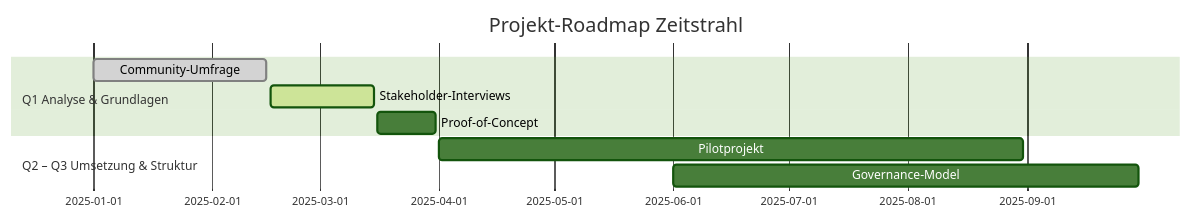
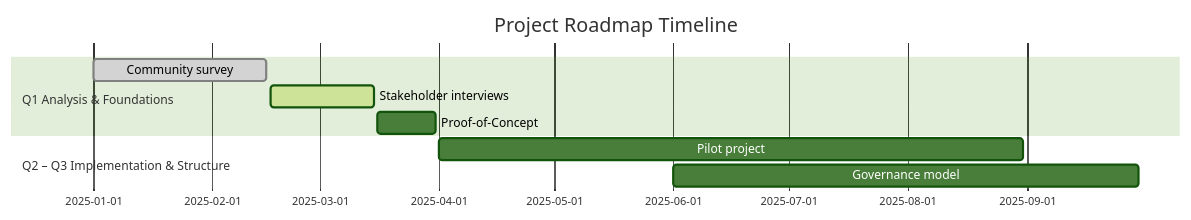
Before and after one commit to WAF2p/framework: the diagram in modules/ROOT/pages/roadmap/2026/index.adoc, drawn with Mermaid (forest theme). The commit also changed other lines of this file and 148 other files, not shown here.

```diff
--- a/modules/ROOT/pages/roadmap/2026/index.adoc
+++ b/modules/ROOT/pages/roadmap/2026/index.adoc
@@ -4,14 +4,14 @@
 [mermaid]
 ....
 gantt
-    title Projekt-Roadmap Zeitstrahl
+    title Project Roadmap Timeline
     dateFormat  YYYY-MM-DD
-    section Q1 Analyse & Grundlagen
-    Community-Umfrage        :done,    q1a, 2025-01-01, 2025-02-15
-    Stakeholder-Interviews   :active,  q1b, 2025-02-16, 2025-03-15
-    Proof-of-Concept         :         q1c, 2025-03-16, 2025-03-31
+    section Q1 Analysis & Foundations
+    Community survey          :done,    q1a, 2025-01-01, 2025-02-15
+    Stakeholder interviews    :active,  q1b, 2025-02-16, 2025-03-15
+    Proof-of-Concept          :         q1c, 2025-03-16, 2025-03-31
 
-    section Q2 – Q3 Umsetzung & Struktur
-    Pilotprojekt             :         q2a, 2025-04-01, 2025-08-31
-    Governance-Model         :         q2b, 2025-06-01, 2025-09-30
+    section Q2 – Q3 Implementation & Structure
+    Pilot project             :         q2a, 2025-04-01, 2025-08-31
+    Governance model          :         q2b, 2025-06-01, 2025-09-30
 ....
```
